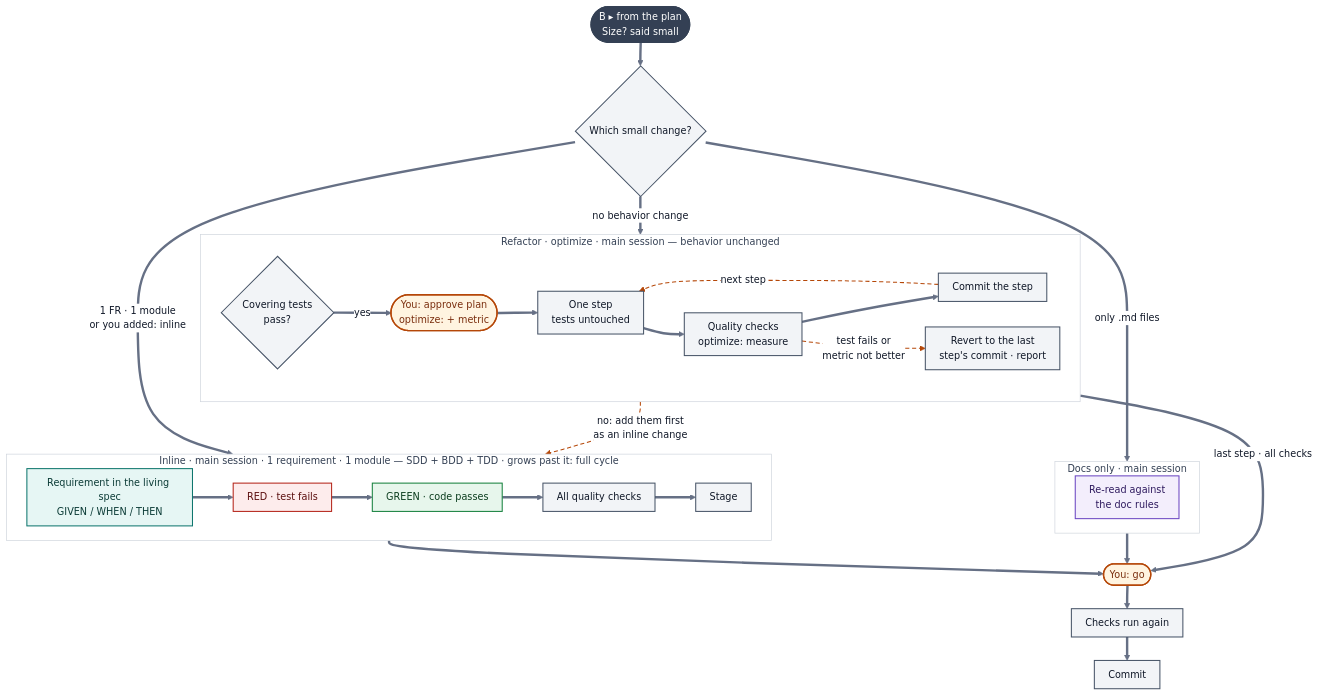
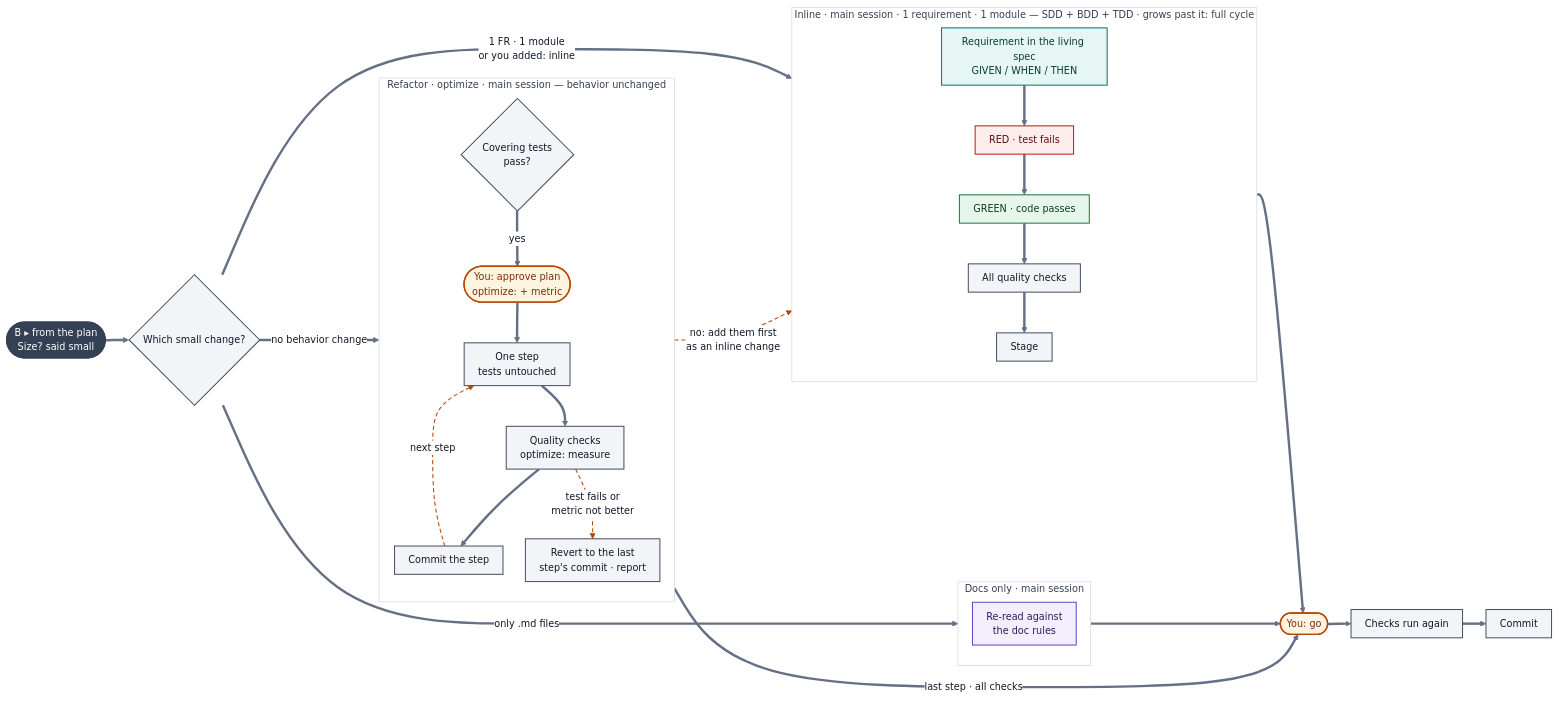
One commit to stevenhdz/spec-driven-development changed the third of 3 diagrams in README.md. Above: the diagram before and after it, drawn with Mermaid. The commit also changed 1 other file, not shown here.

Commit message:
docs: Other sizes diagram reads left to right

````diff
--- a/README.md
+++ b/README.md
@@ -216,50 +216,50 @@
 ```mermaid
 %%{init: {"theme": "base", "themeVariables": {"fontFamily": "-apple-system, BlinkMacSystemFont, Segoe UI, Noto Sans, Helvetica, Arial, sans-serif", "fontSize": "14px", "lineColor": "#667085", "primaryTextColor": "#101828", "clusterBkg": "#FFFFFF", "clusterBorder": "#D0D5DD", "edgeLabelBackground": "#FFFFFF", "titleColor": "#344054"}, "flowchart": {"curve": "basis", "nodeSpacing": 22, "rankSpacing": 34, "padding": 10}}}%%
-flowchart TB
+flowchart LR
     FB(["B ▸ from the plan<br>Size? said small"]):::conn
     SZ{"Which small change?"}:::auto
     FB ==> SZ
     subgraph IN ["Inline · main session · 1 requirement · 1 module — SDD + BDD + TDD · grows past it: full cycle"]
-        direction LR
+        direction TB
         E["Requirement in the living spec<br>GIVEN / WHEN / THEN"]:::bdd
         TR["RED · test fails"]:::red
         TG["GREEN · code passes"]:::green
         F["All quality checks"]:::auto
         FS["Stage"]:::auto
         E ==> TR ==> TG ==> F ==> FS
     end
     subgraph RF ["Refactor · optimize · main session — behavior unchanged"]
-        direction LR
+        direction TB
         RT{"Covering tests<br>pass?"}:::auto
         RP(["You: approve plan<br>optimize: + metric"]):::human
         RS["One step<br>tests untouched"]:::auto
         RC["Quality checks<br>optimize: measure"]:::auto
         RK["Commit the step"]:::auto
         RB["Revert to the last<br>step's commit · report"]:::auto
         RT ==>|yes| RP ==> RS ==> RC ==> RK
         RK -.->|next step| RS
         RC -.->|"test fails or<br>metric not better"| RB
     end
     subgraph DC ["Docs only · main session"]
         DO["Re-read against<br>the doc rules"]:::sdd
     end
     SZ ==>|"1 FR · 1 module<br>or you added: inline"| IN
     SZ ==>|"no behavior change"| RF
     SZ ==>|"only .md files"| DC
     RT -.->|"no: add them first<br>as an inline change"| IN
     IN ==> G(["You: go"]):::human
     RF ==>|"last step · all checks"| G
     DC ==> G
     G ==> HK["Checks run again"]:::auto
     HK ==> K["Commit"]:::auto
     classDef research fill:#EAF0FB,stroke:#3B5BA9,stroke-width:1.5px,color:#1E2A44
     classDef sdd fill:#F3EEFC,stroke:#6B46C1,stroke-width:1.5px,color:#2E1A5E
     classDef bdd fill:#E6F6F4,stroke:#0F766E,stroke-width:1.5px,color:#0B3B36
     classDef red fill:#FDECEC,stroke:#B42318,stroke-width:1.5px,color:#5C1010
     classDef green fill:#E7F6EC,stroke:#15803D,stroke-width:1.5px,color:#0B3D1E
     classDef auto fill:#F2F4F7,stroke:#475467,stroke-width:1.5px,color:#101828
     classDef human fill:#FFF4E0,stroke:#B54708,stroke-width:2px,color:#7A2E0E
     classDef note fill:#FFFFFF,stroke:#B54708,stroke-width:1px,stroke-dasharray:4 3,color:#7A2E0E
     classDef conn fill:#344054,stroke:#344054,stroke-width:1.5px,color:#FFFFFF
     linkStyle 9,10,14 stroke:#B54708,stroke-width:1.5px,stroke-dasharray:6 4
 ```
````
